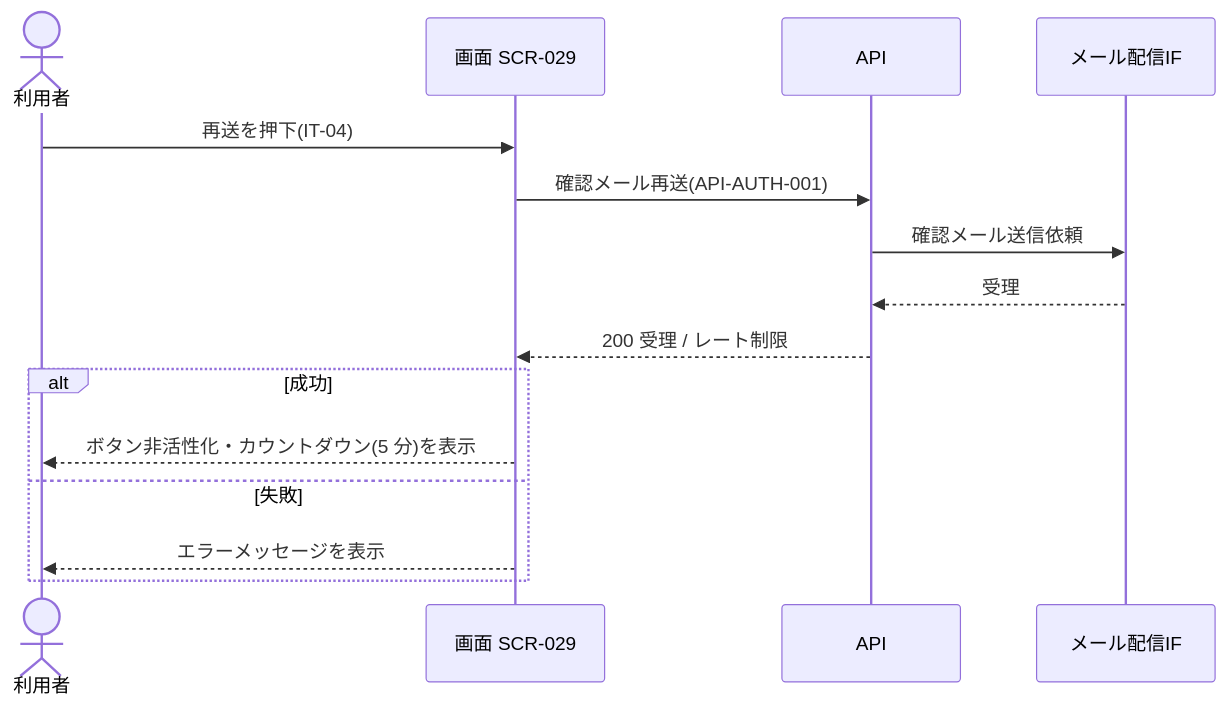
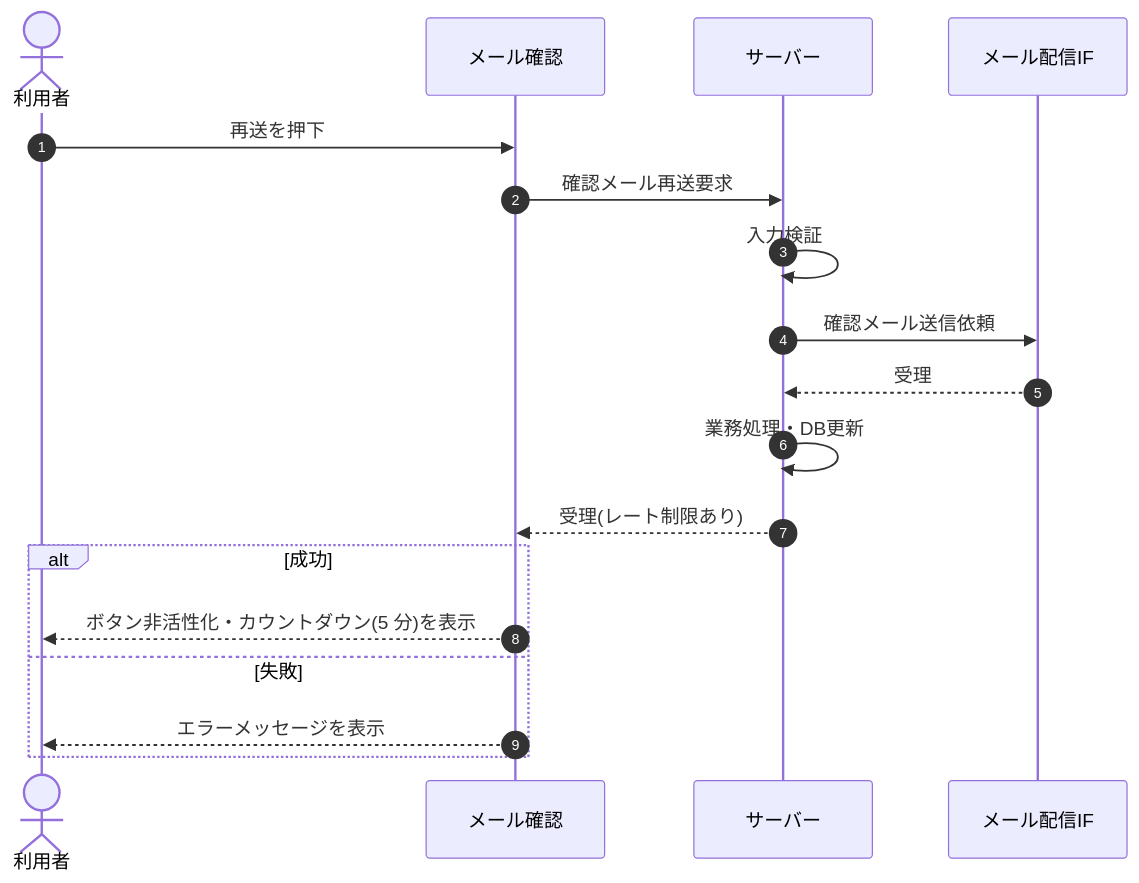
One commit to sikakou54/open-faq changed the diagram in 02_basic_design/05_sequences/SEQ-065.md. Above: the diagram before and after it, drawn with Mermaid. The commit also changed other lines of this file and 108 other files, not shown here.

First line of the commit message:
基本設計: シーケンス図を基本設計粒度(ユーザー/画面/サーバー)へ再編成

````diff
--- a/02_basic_design/05_sequences/SEQ-065.md
+++ b/02_basic_design/05_sequences/SEQ-065.md
@@ -25,17 +32,20 @@
 ```mermaid
 sequenceDiagram
+  autonumber
   actor U as 利用者
-  participant S as 画面 SCR-029
-  participant API as API
-  participant ML as メール配信IF
-  U->>S: 再送を押下(IT-04)
-  S->>API: 確認メール再送(API-AUTH-001)
-  API->>ML: 確認メール送信依頼
-  ML-->>API: 受理
-  API-->>S: 200 受理 / レート制限
+  participant Screen as メール確認
+  participant Server as サーバー
+  participant MAIL as メール配信IF
+  U->>Screen: 再送を押下
+  Screen->>Server: 確認メール再送要求
+  Server->>Server: 入力検証
+  Server->>MAIL: 確認メール送信依頼
+  MAIL-->>Server: 受理
+  Server->>Server: 業務処理・DB更新
+  Server-->>Screen: 受理(レート制限あり)
   alt 成功
-    S-->>U: ボタン非活性化・カウントダウン(5 分)を表示
+    Screen-->>U: ボタン非活性化・カウントダウン(5 分)を表示
   else 失敗
-    S-->>U: エラーメッセージを表示
+    Screen-->>U: エラーメッセージを表示
   end
 ```
````
